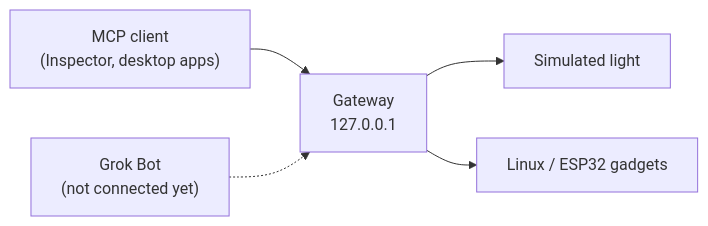
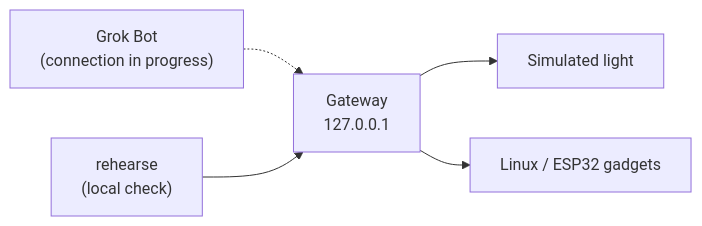
The diagram in README.md (adidshaft/grok-gadgets-gateway), drawn with Mermaid before and after one commit. The commit also changed other lines of this file and 12 other files, not shown here.

First line of the commit message:
feat(GW-GROK-001): rehearse Grok Bot calls and keep docs Grok Bot only

````diff
--- a/README.md
+++ b/README.md
@@ -24,7 +27,7 @@
 ```mermaid
 flowchart LR
-    C["MCP client<br>(Inspector, desktop apps)"] --> G["Gateway<br>127.0.0.1"]
+    B["Grok Bot<br>(connection in progress)"] -.-> G["Gateway<br>127.0.0.1"]
+    R["rehearse<br>(local check)"] --> G
     G --> S["Simulated light"]
     G --> D["Linux / ESP32 gadgets"]
-    B["Grok Bot<br>(not connected yet)"] -.-> G
 ```
````
